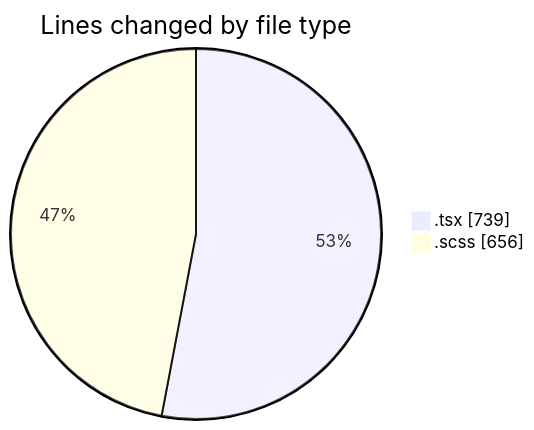
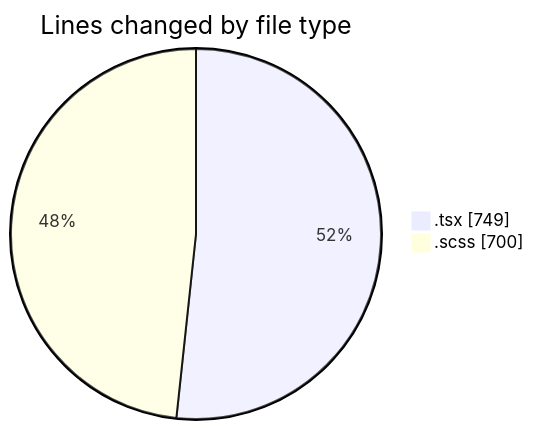
Before and after one commit to momahboobian/code-tracking: the first of 2 diagrams in 2025-10-06/cda/README.md, drawn with Mermaid. The commit also changed other lines of this file and 1 other file, not shown here.

````diff
--- a/2025-10-06/cda/README.md
+++ b/2025-10-06/cda/README.md
@@ -24,6 +24,6 @@
 ```mermaid
 pie showData
 title Lines changed by file type
-".tsx" : 739
-".scss" : 656
+".tsx" : 749
+".scss" : 700
 ```
````
